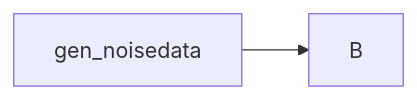
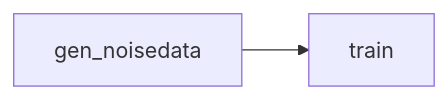
Before and after one commit to SSCT-Lab/DFauLo: the diagram in README.md, drawn with Mermaid. The commit also changed other lines of this file and 3 other files, not shown here.

````diff
--- a/README.md
+++ b/README.md
@@ -3,4 +3,4 @@
 ```mermaid
 graph LR
-gen_noisedata --> B;
+gen_noisedata --> train;
 ```
````
